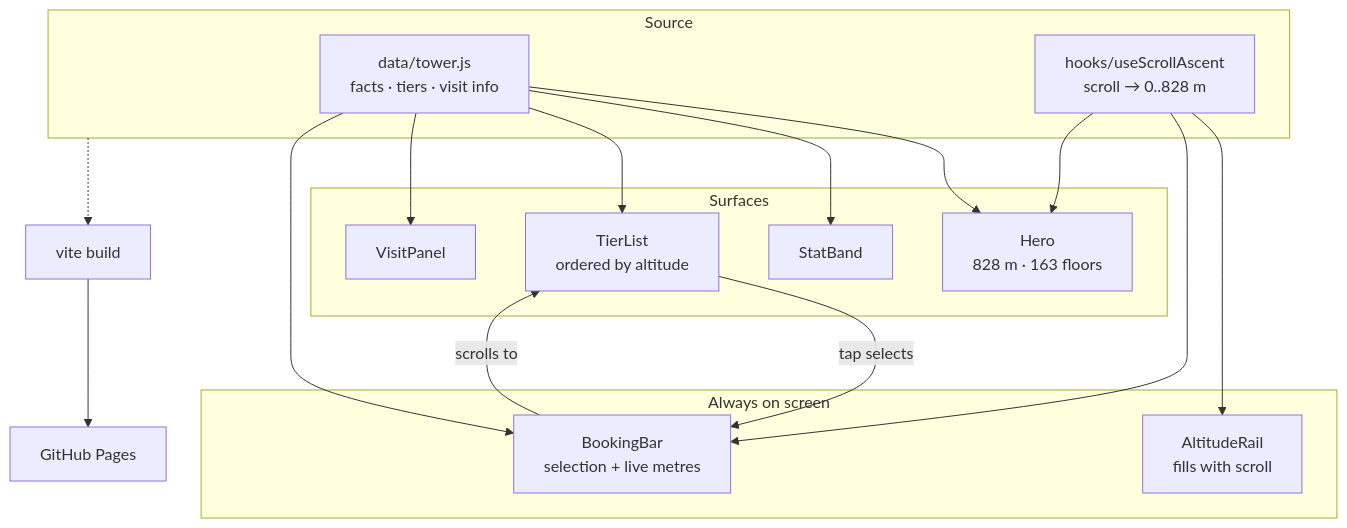
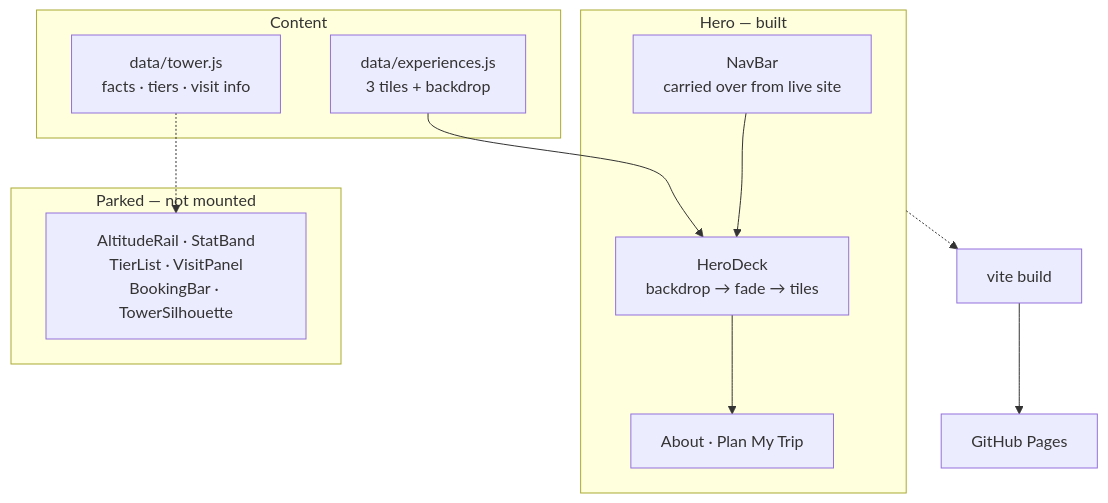
The diagram in README.md (tinale21/Landing-Page), drawn with Mermaid before and after one commit. The commit also changed other lines of this file and 8 other files, not shown here.

````diff
--- a/README.md
+++ b/README.md
@@ -110,26 +119,23 @@
 ```mermaid
 flowchart TB
-  subgraph src["Source"]
-    data["data/tower.js<br/>facts · tiers · visit info"]
-    hook["hooks/useScrollAscent<br/>scroll → 0..828 m"]
+  subgraph data["Content"]
+    exp["data/experiences.js<br/>3 tiles + backdrop"]
+    tower["data/tower.js<br/>facts · tiers · visit info"]
   end
 
-  subgraph surf["Surfaces"]
-    hero["Hero<br/>828 m · 163 floors"]
-    stats["StatBand"]
-    tiers["TierList<br/>ordered by altitude"]
-    visit["VisitPanel"]
+  subgraph hero["Hero — built"]
+    nav["NavBar<br/>carried over from live site"]
+    deck["HeroDeck<br/>backdrop → fade → tiles"]
+    cta["About · Plan My Trip"]
   end
 
-  subgraph persist["Always on screen"]
-    rail["AltitudeRail<br/>fills with scroll"]
-    bar["BookingBar<br/>selection + live metres"]
+  subgraph parked["Parked — not mounted"]
+    old["AltitudeRail · StatBand<br/>TierList · VisitPanel<br/>BookingBar · TowerSilhouette"]
   end
 
-  data --> hero & stats & tiers & visit & bar
-  hook --> rail & bar & hero
-  tiers -- "tap selects" --> bar
-  bar -- "scrolls to" --> tiers
+  exp --> deck
+  nav --> deck --> cta
+  tower -.-> old
 
-  src -.-> build["vite build"] --> pages["GitHub Pages"]
+  hero -.-> build["vite build"] --> pages["GitHub Pages"]
 ```
````
